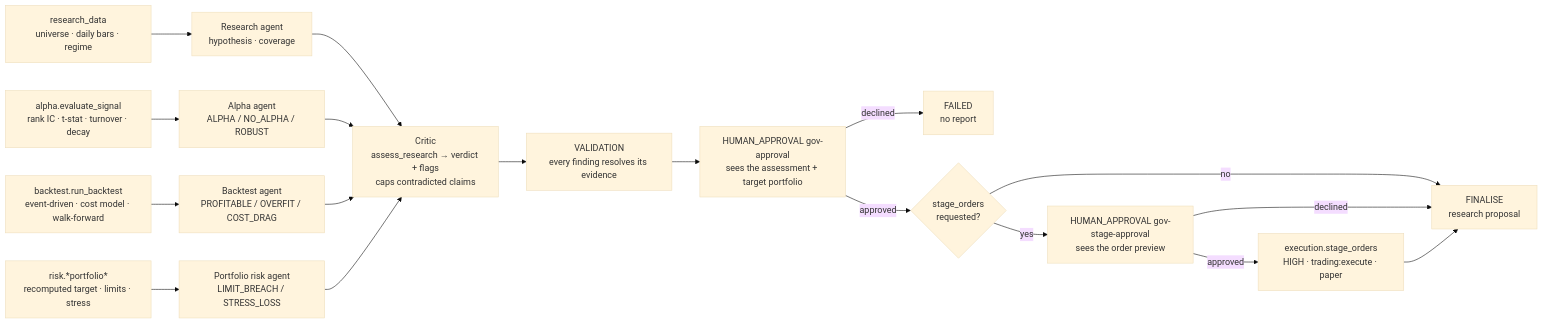
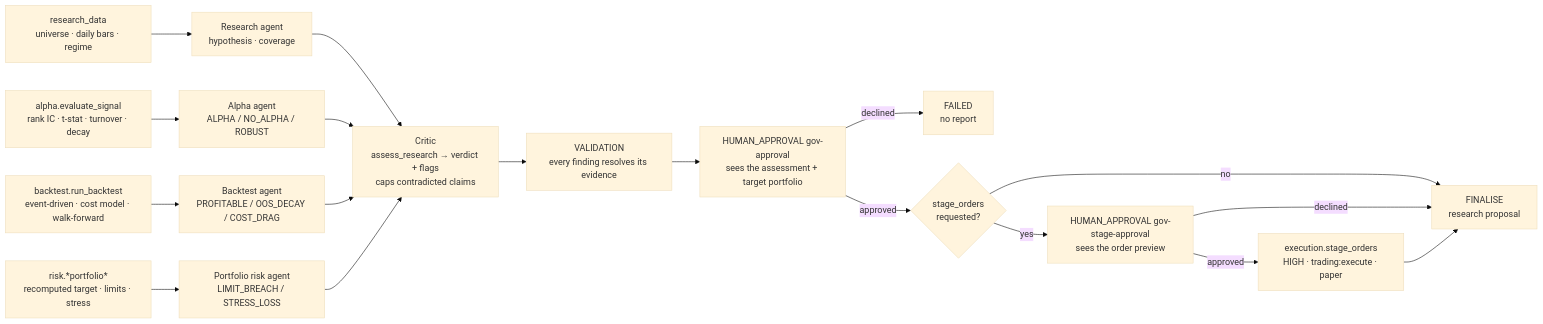
Before and after one commit to AshJha0/AgenticAICashEquities: the ninth of 11 diagrams in docs/DIAGRAMS.md, drawn with Mermaid (base theme). The commit also changed other lines of this file and 11 other files, not shown here.

````diff
--- a/docs/DIAGRAMS.md
+++ b/docs/DIAGRAMS.md
@@ -292,20 +292,20 @@
 ```mermaid
 flowchart LR
     RD["research_data<br/>universe · daily bars · regime"] --> RA["Research agent<br/>hypothesis · coverage"]
     AL["alpha.evaluate_signal<br/>rank IC · t-stat · turnover · decay"] --> AA["Alpha agent<br/>ALPHA / NO_ALPHA / ROBUST"]
-    BE["backtest.run_backtest<br/>event-driven · cost model · walk-forward"] --> BA["Backtest agent<br/>PROFITABLE / OVERFIT / COST_DRAG"]
+    BE["backtest.run_backtest<br/>event-driven · cost model · walk-forward"] --> BA["Backtest agent<br/>PROFITABLE / OOS_DECAY / COST_DRAG"]
     RK["risk.*portfolio*<br/>recomputed target · limits · stress"] --> PR["Portfolio risk agent<br/>LIMIT_BREACH / STRESS_LOSS"]
     RA --> CR
     AA --> CR
     BA --> CR
     PR --> CR["Critic<br/>assess_research → verdict + flags<br/>caps contradicted claims"]
     CR --> VA["VALIDATION<br/>every finding resolves its evidence"]
     VA --> HA["HUMAN_APPROVAL gov-approval<br/>sees the assessment + target portfolio"]
     HA -- declined --> FAILED["FAILED<br/>no report"]
     HA -- approved --> SA{"stage_orders<br/>requested?"}
     SA -- no --> FIN["FINALISE<br/>research proposal"]
     SA -- yes --> HB["HUMAN_APPROVAL gov-stage-approval<br/>sees the order preview"]
     HB -- declined --> FIN
     HB -- approved --> SO["execution.stage_orders<br/>HIGH · trading:execute · paper"]
     SO --> FIN
 ```
````
